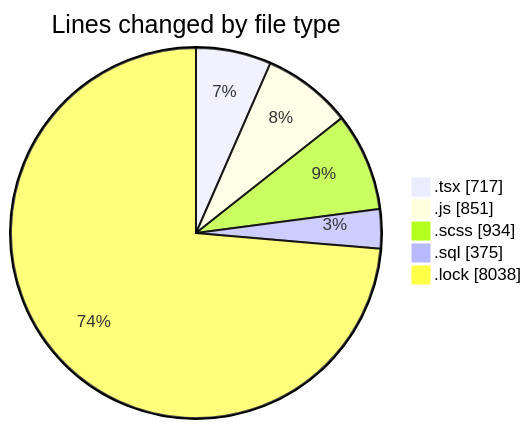
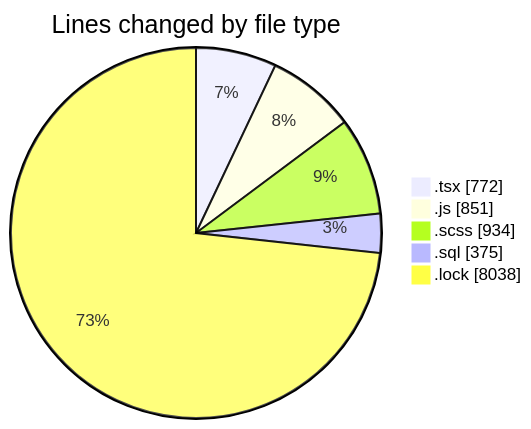
One commit to momahboobian/code-tracking changed the first of 2 diagrams in 2025-03-18/cda/README.md. Above: the diagram before and after it, drawn with Mermaid. The commit also changed other lines of this file and 1 other file, not shown here.

````diff
--- a/2025-03-18/cda/README.md
+++ b/2025-03-18/cda/README.md
@@ -30,9 +30,9 @@
 ```mermaid
 pie showData
 title Lines changed by file type
-".tsx" : 717
+".tsx" : 772
 ".js" : 851
 ".scss" : 934
 ".sql" : 375
 ".lock" : 8038
 ```
````
